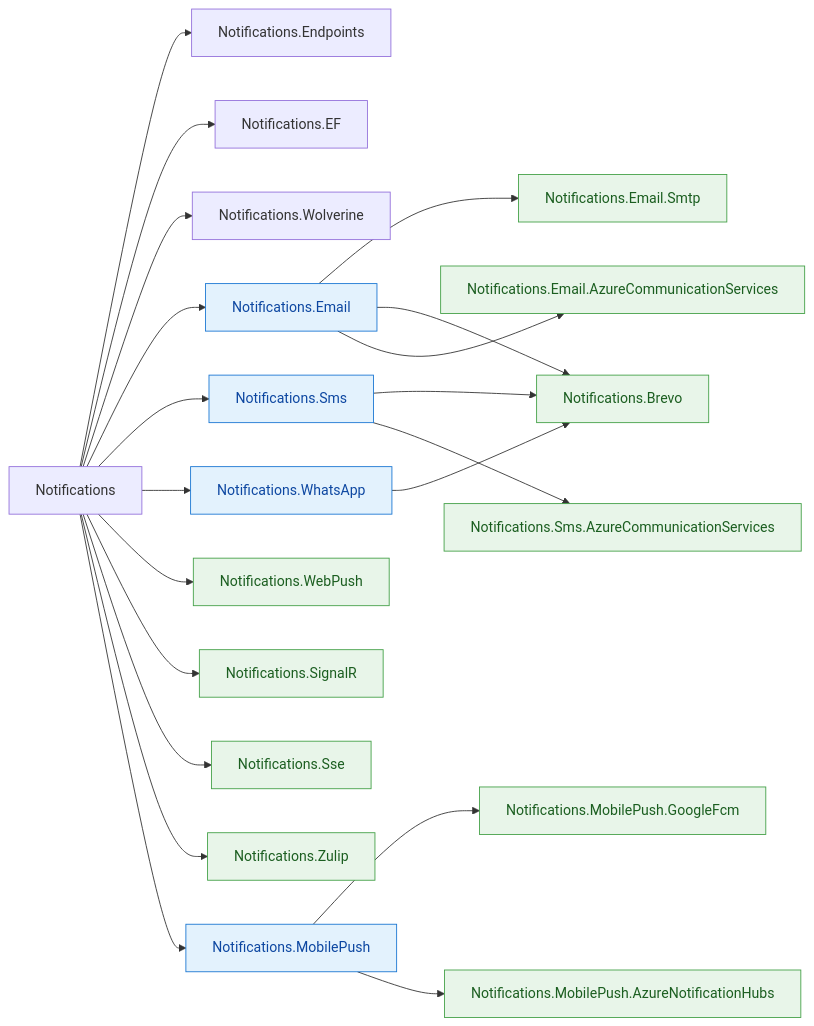
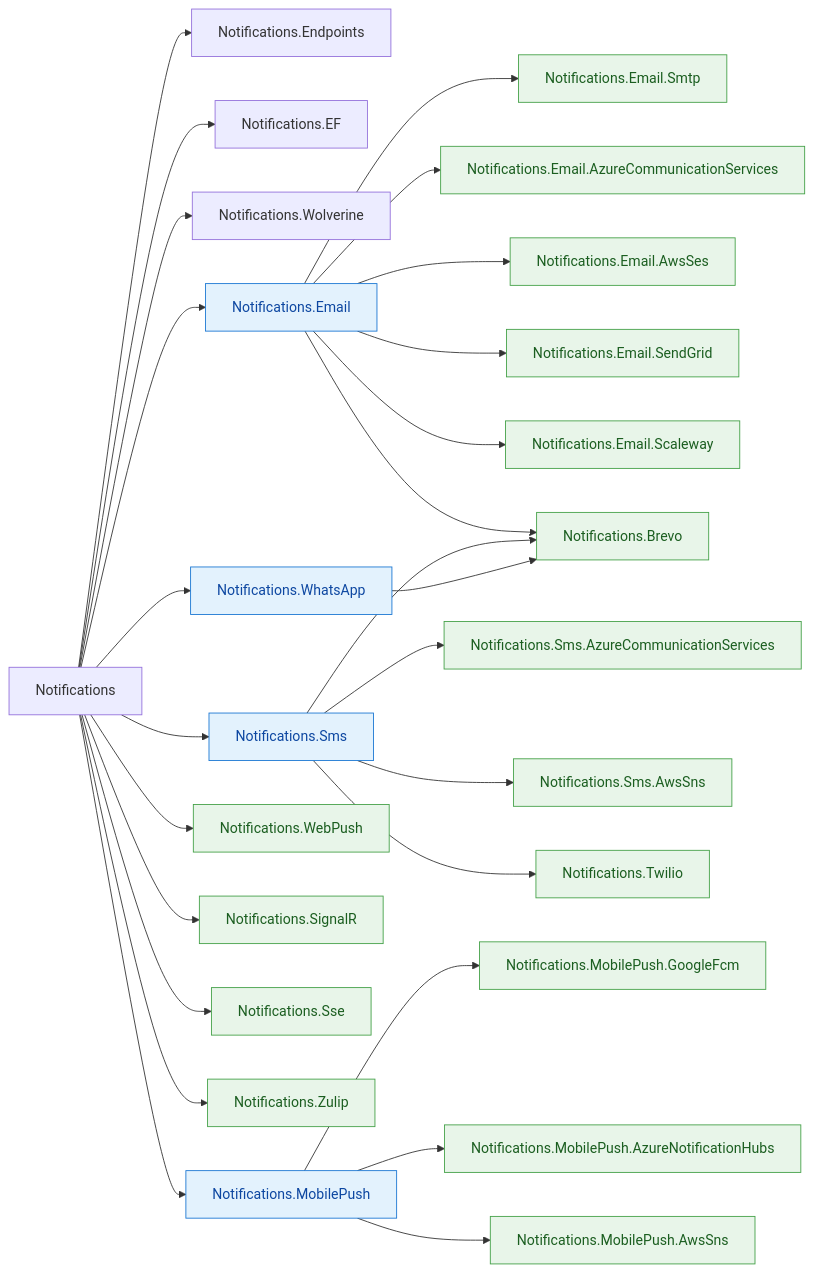
One commit to granit-fx/granit-dotnet changed the third of 6 diagrams in docs-site/src/content/docs/dotnet/architecture/dependency-graph.md. Above: the diagram before and after it, drawn with Mermaid. The commit also changed other lines of this file and 8 other files, not shown here.

First line of the commit message:
docs(arch): update dependency graph, tech stack, http-conventions, and add AI patterns

````diff
--- a/docs-site/src/content/docs/dotnet/architecture/dependency-graph.md
+++ b/docs-site/src/content/docs/dotnet/architecture/dependency-graph.md
@@ -298,43 +328,55 @@
 ```mermaid
 flowchart LR
     NOTIF["Notifications"] --> NOTIF_EP["Notifications.Endpoints"]
     NOTIF --> NOTIF_EF["Notifications.EF"]
     NOTIF --> NOTIF_WOL["Notifications.Wolverine"]
 
     NOTIF --> NOTIF_EMAIL["Notifications.Email"]
     NOTIF_EMAIL --> NOTIF_SMTP["Notifications.Email.Smtp"]
+    NOTIF_EMAIL --> NOTIF_ACS_EMAIL["Notifications.Email.AzureCommunicationServices"]
+    NOTIF_EMAIL --> NOTIF_AWSSES["Notifications.Email.AwsSes"]
+    NOTIF_EMAIL --> NOTIF_SENDGRID["Notifications.Email.SendGrid"]
+    NOTIF_EMAIL --> NOTIF_SCALEWAY["Notifications.Email.Scaleway"]
 
     NOTIF --> NOTIF_SMS["Notifications.Sms"]
+    NOTIF_SMS --> NOTIF_ACS_SMS["Notifications.Sms.AzureCommunicationServices"]
+    NOTIF_SMS --> NOTIF_AWSSNS["Notifications.Sms.AwsSns"]
+    NOTIF_SMS --> NOTIF_TWILIO["Notifications.Twilio"]
+
     NOTIF --> NOTIF_WA["Notifications.WhatsApp"]
     NOTIF --> NOTIF_PUSH["Notifications.WebPush"]
     NOTIF --> NOTIF_SR["Notifications.SignalR"]
     NOTIF --> NOTIF_SSE["Notifications.Sse"]
     NOTIF --> NOTIF_ZULIP["Notifications.Zulip"]
 
-    NOTIF --> NOTIF_MP["Notifications.MobilePush"]
-    NOTIF_MP --> NOTIF_FCM["Notifications.MobilePush.GoogleFcm"]
-
     NOTIF_EMAIL --> NOTIF_BREVO["Notifications.Brevo"]
     NOTIF_SMS --> NOTIF_BREVO
     NOTIF_WA --> NOTIF_BREVO
 
-    NOTIF_EMAIL --> NOTIF_ACS_EMAIL["Notifications.Email.AzureCommunicationServices"]
-    NOTIF_SMS --> NOTIF_ACS_SMS["Notifications.Sms.AzureCommunicationServices"]
+    NOTIF --> NOTIF_MP["Notifications.MobilePush"]
+    NOTIF_MP --> NOTIF_FCM["Notifications.MobilePush.GoogleFcm"]
     NOTIF_MP --> NOTIF_ANH["Notifications.MobilePush.AzureNotificationHubs"]
+    NOTIF_MP --> NOTIF_AWSSNS_PUSH["Notifications.MobilePush.AwsSns"]
 
     style NOTIF_EMAIL fill:#e3f2fd,stroke:#1976d2,color:#0d47a1
     style NOTIF_SMS fill:#e3f2fd,stroke:#1976d2,color:#0d47a1
     style NOTIF_WA fill:#e3f2fd,stroke:#1976d2,color:#0d47a1
     style NOTIF_MP fill:#e3f2fd,stroke:#1976d2,color:#0d47a1
 
     style NOTIF_SMTP fill:#e8f5e9,stroke:#43a047,color:#1b5e20
+    style NOTIF_ACS_EMAIL fill:#e8f5e9,stroke:#43a047,color:#1b5e20
+    style NOTIF_AWSSES fill:#e8f5e9,stroke:#43a047,color:#1b5e20
+    style NOTIF_SENDGRID fill:#e8f5e9,stroke:#43a047,color:#1b5e20
+    style NOTIF_SCALEWAY fill:#e8f5e9,stroke:#43a047,color:#1b5e20
+    style NOTIF_ACS_SMS fill:#e8f5e9,stroke:#43a047,color:#1b5e20
+    style NOTIF_AWSSNS fill:#e8f5e9,stroke:#43a047,color:#1b5e20
+    style NOTIF_TWILIO fill:#e8f5e9,stroke:#43a047,color:#1b5e20
     style NOTIF_BREVO fill:#e8f5e9,stroke:#43a047,color:#1b5e20
-    style NOTIF_ACS_EMAIL fill:#e8f5e9,stroke:#43a047,color:#1b5e20
-    style NOTIF_ACS_SMS fill:#e8f5e9,stroke:#43a047,color:#1b5e20
-    style NOTIF_ANH fill:#e8f5e9,stroke:#43a047,color:#1b5e20
     style NOTIF_SR fill:#e8f5e9,stroke:#43a047,color:#1b5e20
     style NOTIF_SSE fill:#e8f5e9,stroke:#43a047,color:#1b5e20
     style NOTIF_ZULIP fill:#e8f5e9,stroke:#43a047,color:#1b5e20
     style NOTIF_PUSH fill:#e8f5e9,stroke:#43a047,color:#1b5e20
     style NOTIF_FCM fill:#e8f5e9,stroke:#43a047,color:#1b5e20
+    style NOTIF_ANH fill:#e8f5e9,stroke:#43a047,color:#1b5e20
+    style NOTIF_AWSSNS_PUSH fill:#e8f5e9,stroke:#43a047,color:#1b5e20
 ```
````
